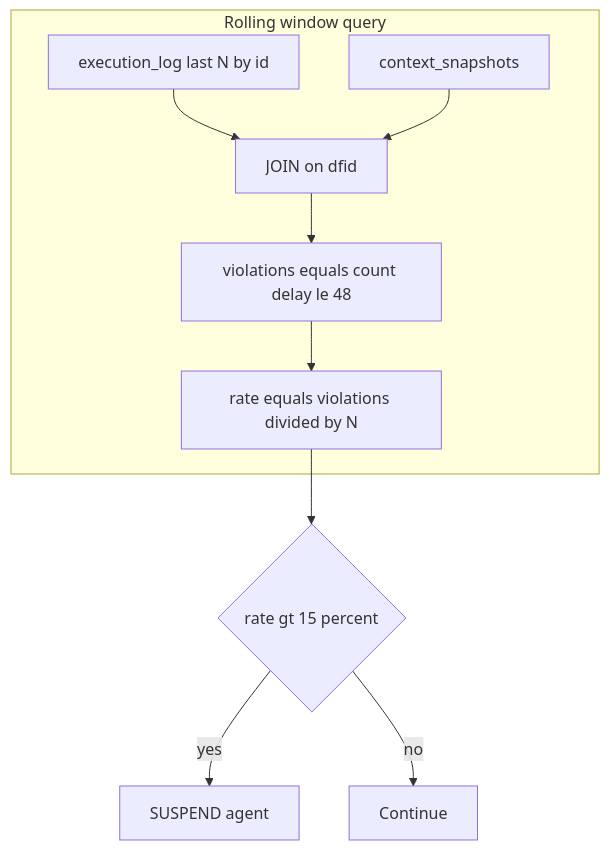
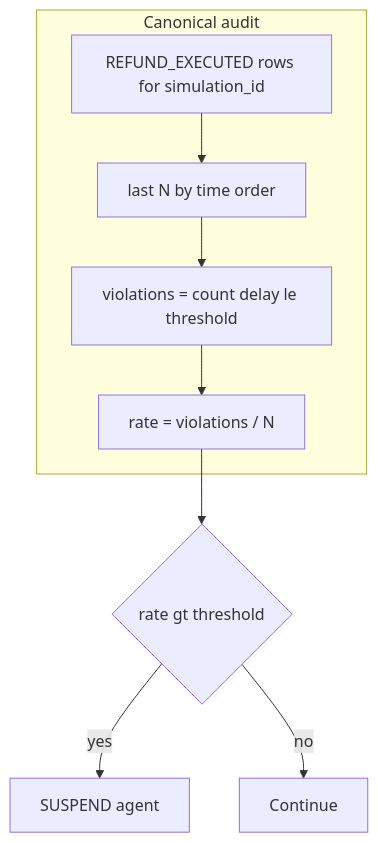
Before and after one commit to huka81/decision-intelligence-runtime: the fourth of 4 diagrams in samples/37_drift_semantic_refund/README.md, drawn with Mermaid. The commit also changed other lines of this file and 14 other files, not shown here.

````diff
--- a/samples/37_drift_semantic_refund/README.md
+++ b/samples/37_drift_semantic_refund/README.md
@@ -104,14 +88,12 @@
 ```mermaid
 flowchart TB
-  subgraph sql [Rolling window query]
-    EL[execution_log last N by id]
-    CS[context_snapshots]
-    EL --> join[JOIN on dfid]
-    CS --> join
-    join --> calc[violations equals count delay le 48]
-    calc --> rate[rate equals violations divided by N]
+  subgraph audit [Canonical audit]
+    R[REFUND_EXECUTED rows for simulation_id]
+    R --> W[last N by time order]
+    W --> calc[violations = count delay le threshold]
+    calc --> rate[rate = violations / N]
   end
-  rate --> check{rate gt 15 percent}
+  rate --> check{rate gt threshold}
   check -->|yes| suspend[SUSPEND agent]
   check -->|no| ok[Continue]
 ```
````
